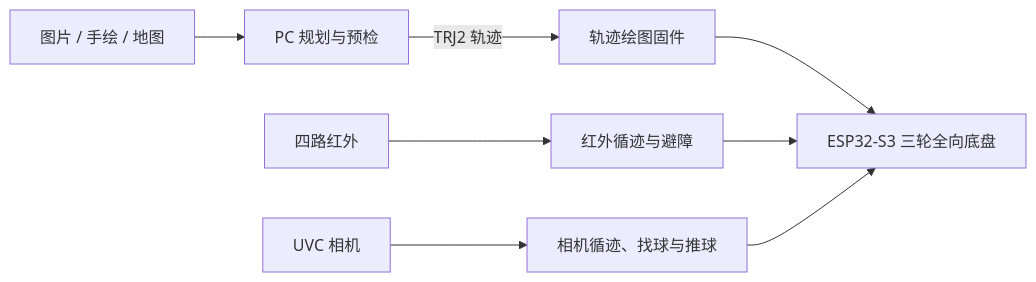
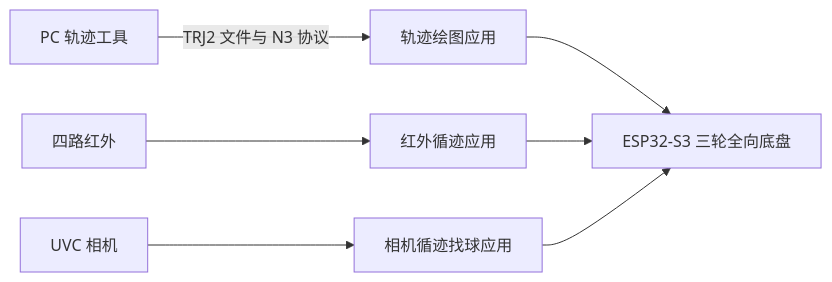
The diagram in README.md (weyw-seven/Trace-Motion), drawn with Mermaid before and after one commit. The commit also changed other lines of this file and 62 other files, not shown here.

````diff
--- a/README.md
+++ b/README.md
@@ -5,10 +5,9 @@
 ```mermaid
 flowchart LR
-    Input[图片 / 手绘 / 地图] --> PC[PC 规划与预检]
-    PC -->|TRJ2 轨迹| Drawing[轨迹绘图固件]
-    IR[四路红外] --> Infrared[红外循迹与避障]
-    Camera[UVC 相机] --> Vision[相机循迹、找球与推球]
-    Drawing --> Robot[ESP32-S3 三轮全向底盘]
-    Infrared --> Robot
-    Vision --> Robot
+    PC[PC 轨迹工具] -->|TRJ2 文件与 N3 协议| Drawing[轨迹绘图应用]
+    Infrared[四路红外] --> IR[红外循迹应用]
+    Camera[UVC 相机] --> Vision[相机循迹找球应用]
+    Drawing --> Chassis[ESP32-S3 三轮全向底盘]
+    IR --> Chassis
+    Vision --> Chassis
 ```
````
